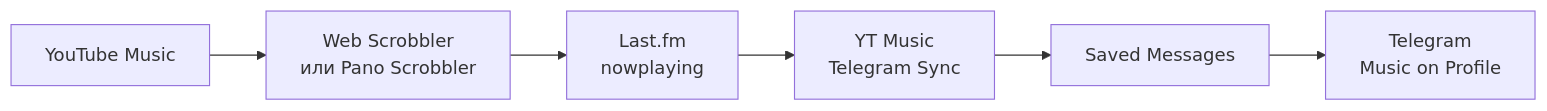
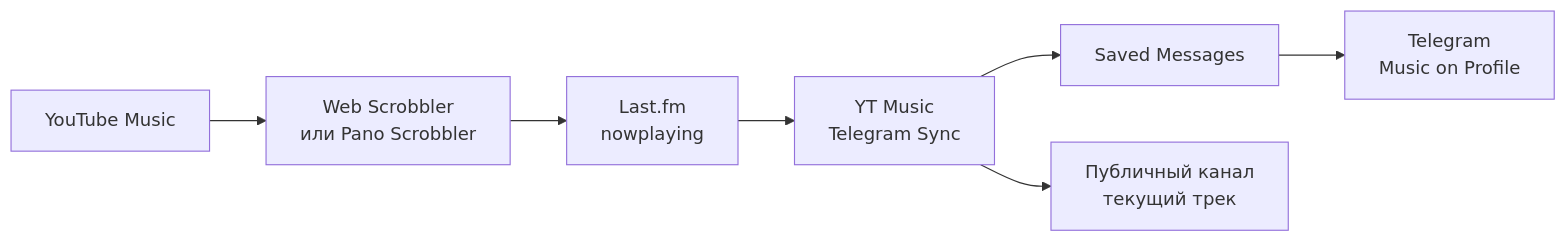
One commit to darhanger/yt_music-telegram-sync changed the diagram in README_RU.md. Above: the diagram before and after it, drawn with Mermaid. The commit also changed other lines of this file and 15 other files, not shown here.

````diff
--- a/README_RU.md
+++ b/README_RU.md
@@ -29,8 +29,9 @@
 ```mermaid
 flowchart LR
     YT[YouTube Music] --> S[Web Scrobbler<br>или Pano Scrobbler]
     S --> LF[Last.fm<br>nowplaying]
     LF --> APP[YT Music<br>Telegram Sync]
     APP --> SM[Saved Messages]
     SM --> TG[Telegram<br>Music on Profile]
+    APP --> CH[Публичный канал<br>текущий трек]
 ```
````
